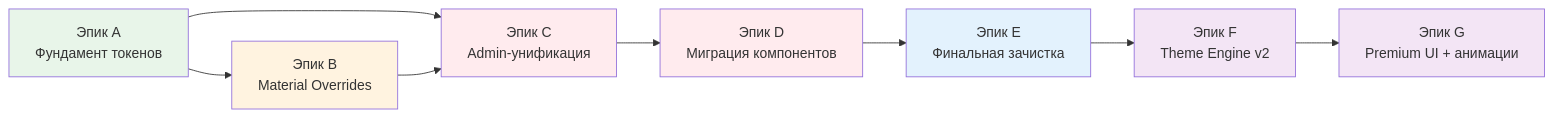
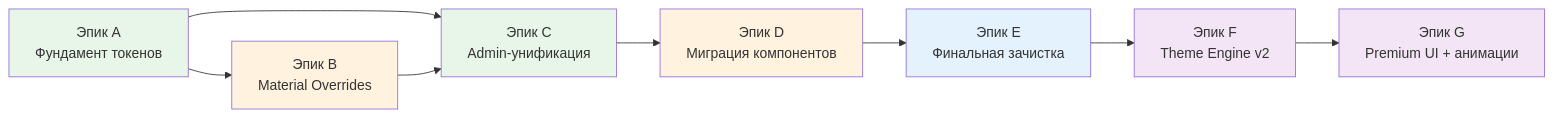
Before and after one commit to maestrotype/angular-ecommerce-3d: the diagram in docs/REFACTORING_BOARD.md, drawn with Mermaid. The commit also changed other lines of this file and 23 other files, not shown here.

````diff
--- a/docs/REFACTORING_BOARD.md
+++ b/docs/REFACTORING_BOARD.md
@@ -80,18 +80,18 @@
 ```mermaid
 graph LR
     A["Эпик A<br/>Фундамент токенов"] --> B["Эпик B<br/>Material Overrides"]
     A --> C["Эпик C<br/>Admin-унификация"]
     B --> C
     C --> D["Эпик D<br/>Миграция компонентов"]
     D --> E["Эпик E<br/>Финальная зачистка"]
     E --> F["Эпик F<br/>Theme Engine v2"]
     F --> G["Эпик G<br/>Premium UI + анимации"]
 
     style A fill:#e8f5e9
     style B fill:#fff3e0
-    style C fill:#ffebee
-    style D fill:#ffebee
+    style C fill:#e8f5e9
+    style D fill:#fff3e0
     style E fill:#e3f2fd
     style F fill:#f3e5f5
     style G fill:#f3e5f5
 ```
````
